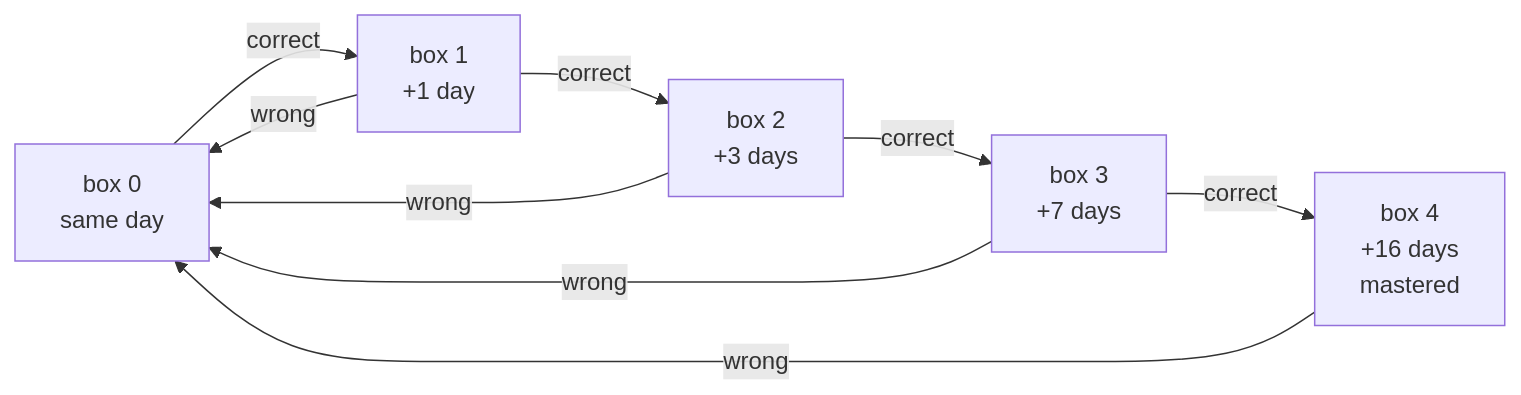
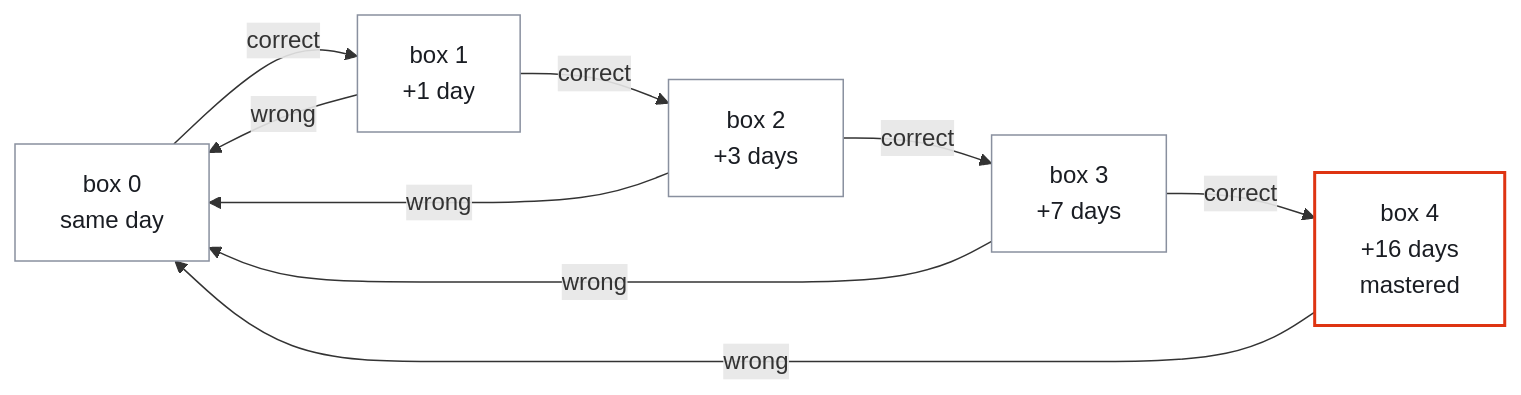
The second of 4 diagrams in README.md (agusgonzaleznic/drive-berlin), drawn with Mermaid before and after one commit. The commit also changed other lines of this file and 1 other file, not shown here.

````diff
--- a/README.md
+++ b/README.md
@@ -195,11 +199,15 @@
 ```mermaid
 flowchart LR
   B0["box 0<br/>same day"] -->|correct| B1["box 1<br/>+1 day"]
   B1 -->|correct| B2["box 2<br/>+3 days"]
   B2 -->|correct| B3["box 3<br/>+7 days"]
   B3 -->|correct| B4["box 4<br/>+16 days<br/>mastered"]
   B1 -->|wrong| B0
   B2 -->|wrong| B0
   B3 -->|wrong| B0
   B4 -->|wrong| B0
+  classDef default fill:#FFFFFF,stroke:#89909F,color:#1A1D23
+  classDef decide fill:#E9EAED,stroke:#555D6D,color:#1A1D23
+  classDef outcome fill:#FFFFFF,stroke:#DE3412,stroke-width:2px,color:#1A1D23
+  class B4 outcome
 ```
````
